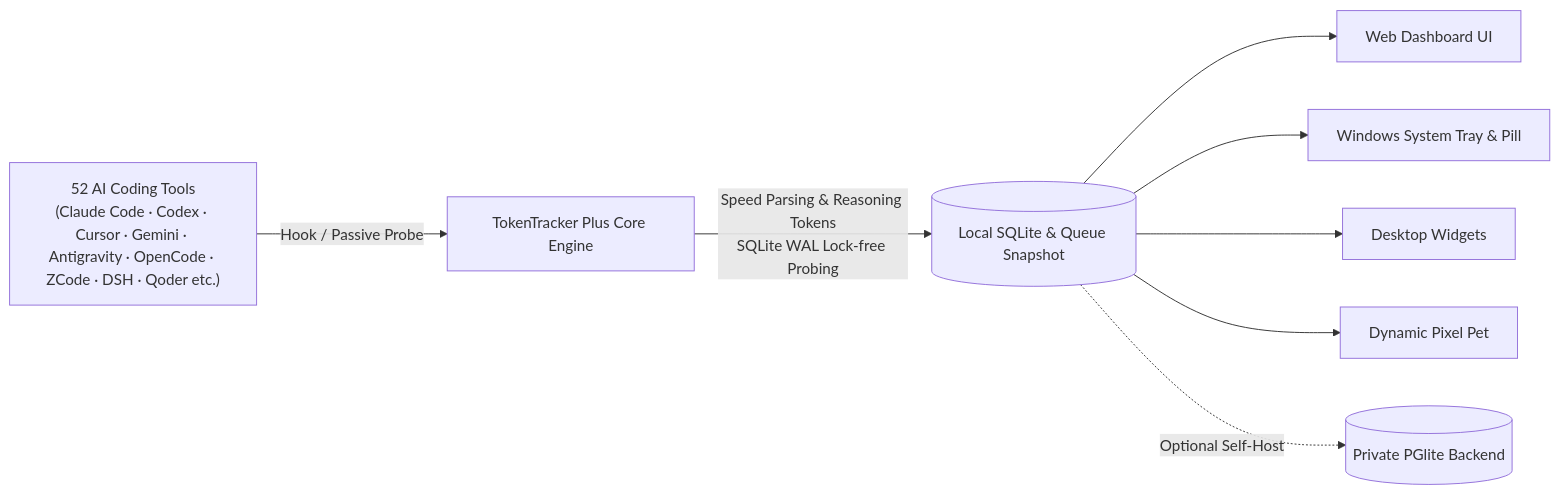
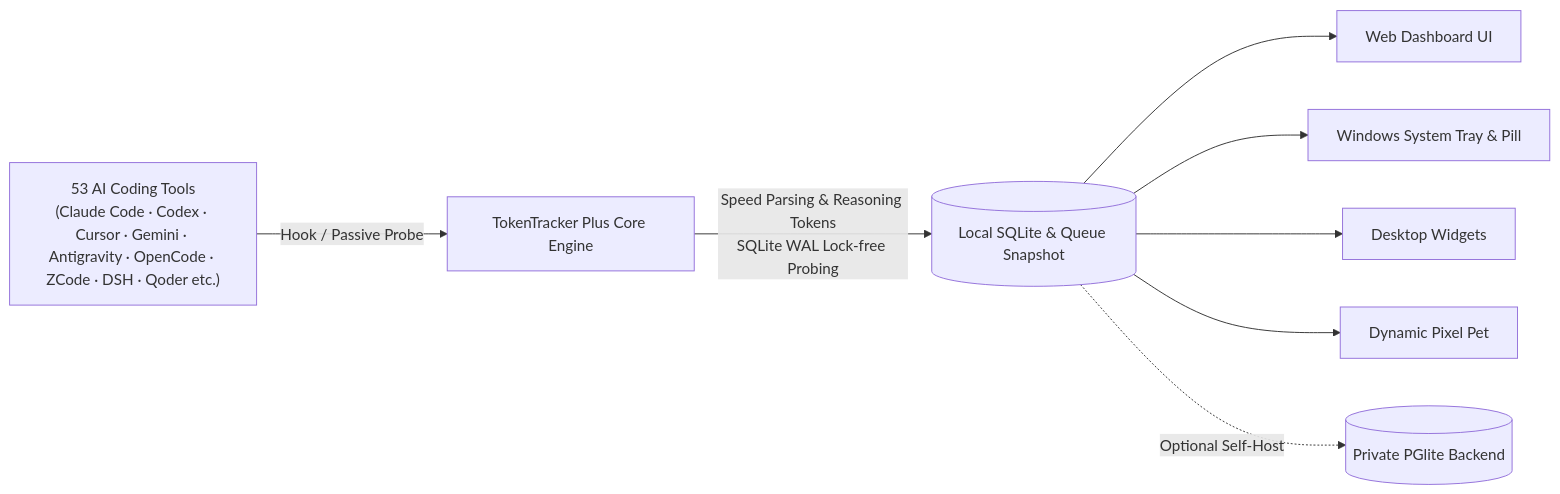
The diagram in README.en.md (01UNCLEDOG01/TokenTracker-Plus), drawn with Mermaid before and after one commit. The commit also changed other lines of this file and 6 other files, not shown here.

````diff
--- a/README.en.md
+++ b/README.en.md
@@ -198,10 +198,10 @@
 ```mermaid
 flowchart LR
-    A["52 AI Coding Tools<br/>(Claude Code · Codex · Cursor · Gemini · Antigravity · OpenCode · ZCode · DSH · Qoder etc.)"] -->|Hook / Passive Probe| B[TokenTracker Plus Core Engine]
+    A["53 AI Coding Tools<br/>(Claude Code · Codex · Cursor · Gemini · Antigravity · OpenCode · ZCode · DSH · Qoder etc.)"] -->|Hook / Passive Probe| B[TokenTracker Plus Core Engine]
     B -->|Speed Parsing & Reasoning Tokens<br/>SQLite WAL Lock-free Probing| C[(Local SQLite & Queue Snapshot)]
     C --> D[Web Dashboard UI]
     C --> E[Windows System Tray & Pill]
     C --> F[Desktop Widgets]
     C --> G[Dynamic Pixel Pet]
     C -.->|Optional Self-Host| H[(Private PGlite Backend)]
 ```
````
